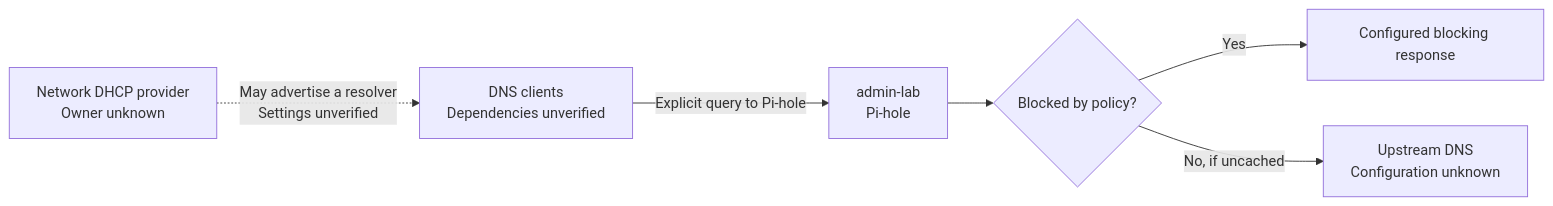
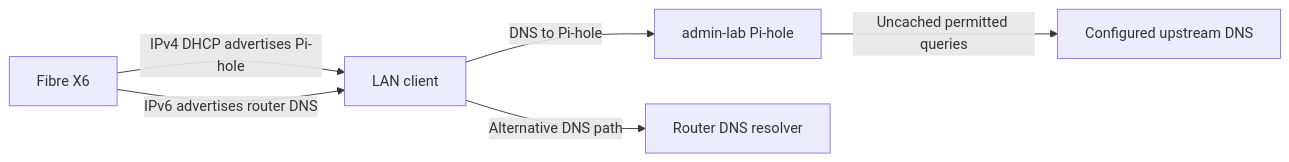
The diagram in devices/admin-lab/explanations/dns-service.md (lloydrichards/proj_home-lab), drawn with Mermaid before and after one commit. The commit also changed other lines of this file and 17 other files, not shown here.

Commit message:
docs: document Pi-hole setup and keep live configuration private

````diff
--- a/devices/admin-lab/explanations/dns-service.md
+++ b/devices/admin-lab/explanations/dns-service.md
@@ -5,8 +9,8 @@
 ```mermaid
 flowchart LR
-    DHCP["Network DHCP provider<br/>Owner unknown"] -. "May advertise a resolver<br/>Settings unverified" .-> Client["DNS clients<br/>Dependencies unverified"]
-    Client -->|"Explicit query to Pi-hole"| Pi["admin-lab<br/>Pi-hole"]
-    Pi --> Filter{"Blocked by policy?"}
-    Filter -->|"Yes"| Block["Configured blocking response"]
-    Filter -->|"No, if uncached"| Upstream["Upstream DNS<br/>Configuration unknown"]
+    Router["Fibre X6"] -->|"IPv4 DHCP advertises Pi-hole"| Client["LAN client"]
+    Router -->|"IPv6 advertises router DNS"| Client
+    Client -->|"DNS to Pi-hole"| Pi["admin-lab Pi-hole"]
+    Pi -->|"Uncached permitted queries"| Upstream["Configured upstream DNS"]
+    Client -->|"Alternative DNS path"| Proxy["Router DNS resolver"]
 ```
````
